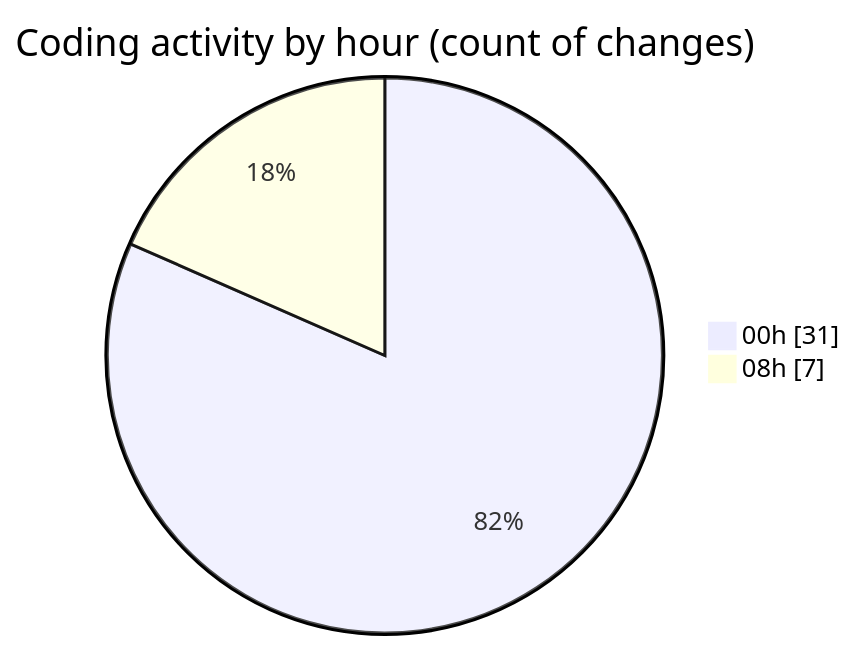
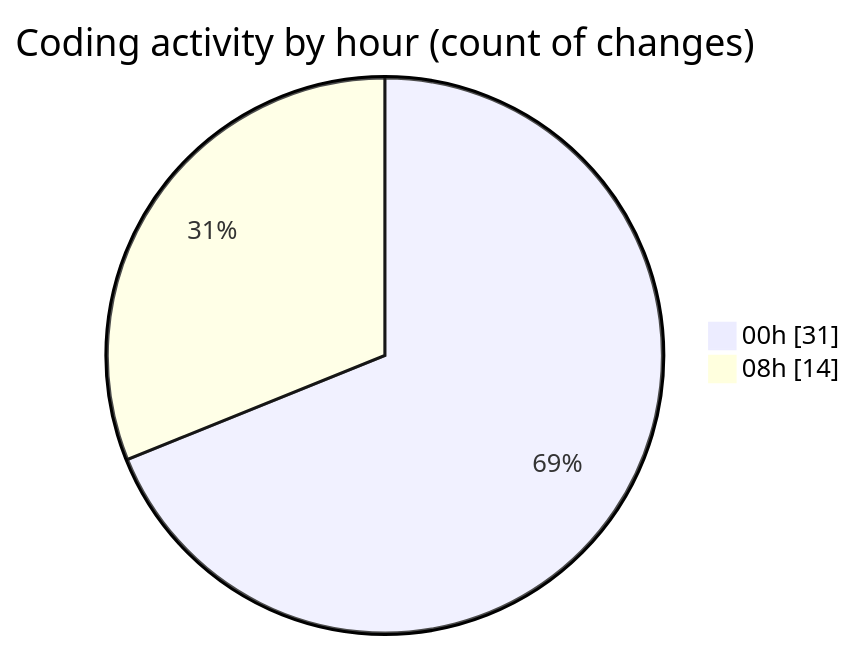
One commit to lephambinh05/code-tracking changed the second of 2 diagrams in 2025-08-03/studybuddy/README.md. Above: the diagram before and after it, drawn with Mermaid. The commit also changed other lines of this file and 1 other file, not shown here.

````diff
--- a/2025-08-03/studybuddy/README.md
+++ b/2025-08-03/studybuddy/README.md
@@ -49,6 +52,6 @@
 ```mermaid
 pie showData
 title Coding activity by hour (count of changes)
 "00h" : 31
-"08h" : 7
+"08h" : 14
 ```
````
